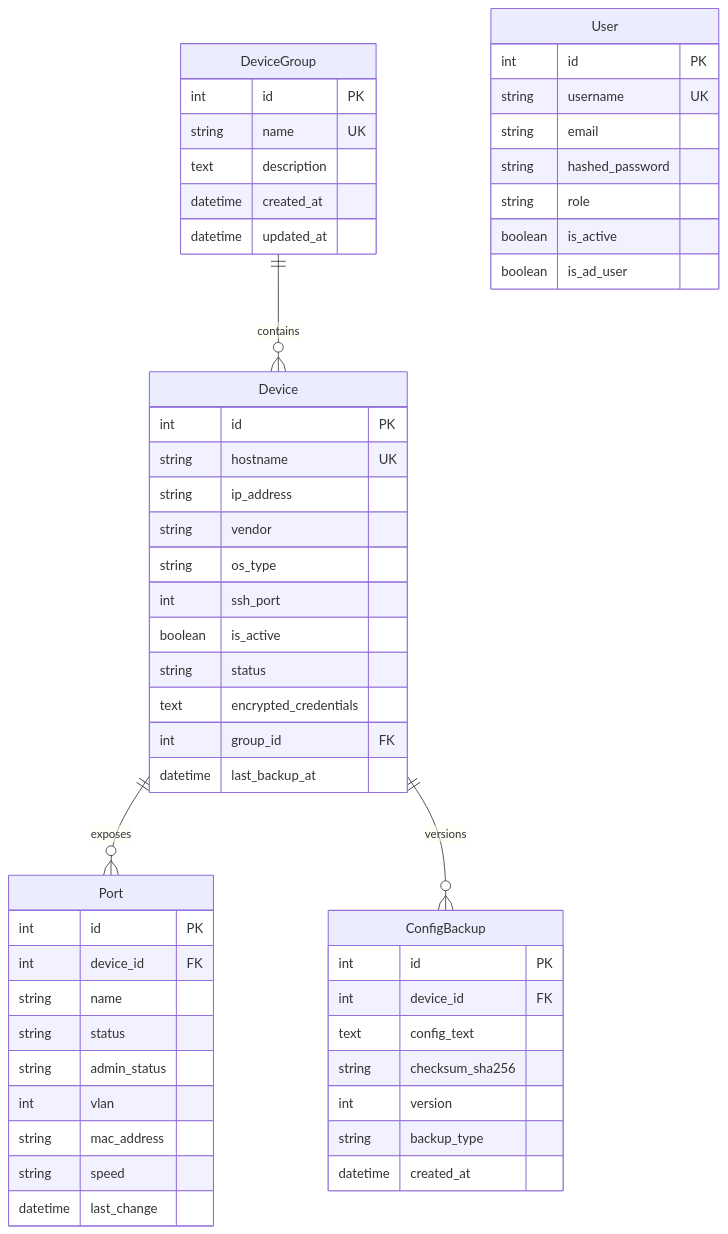
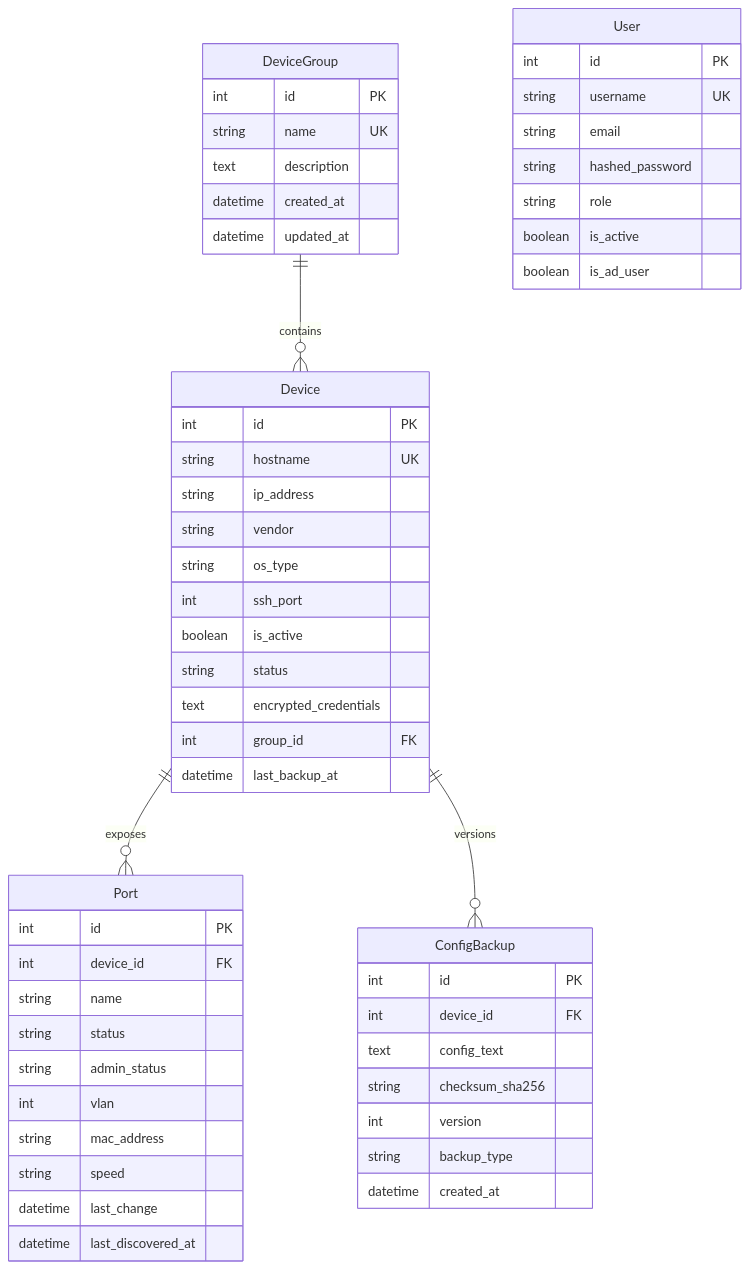
The second of 2 diagrams in docs/ARCHITECTURE.md (mertgl1/OmniEyeNetwork), drawn with Mermaid before and after one commit. The commit also changed other lines of this file and 15 other files, not shown here.

````diff
--- a/docs/ARCHITECTURE.md
+++ b/docs/ARCHITECTURE.md
@@ -30,55 +30,56 @@
 ```mermaid
 erDiagram
     DeviceGroup ||--o{ Device : contains
     Device ||--o{ Port : exposes
     Device ||--o{ ConfigBackup : versions
     DeviceGroup {
       int id PK
       string name UK
       text description
       datetime created_at
       datetime updated_at
     }
     Device {
       int id PK
       string hostname UK
       string ip_address
       string vendor
       string os_type
       int ssh_port
       boolean is_active
       string status
       text encrypted_credentials
       int group_id FK
       datetime last_backup_at
     }
     Port {
       int id PK
       int device_id FK
       string name
       string status
       string admin_status
       int vlan
       string mac_address
       string speed
       datetime last_change
+      datetime last_discovered_at
     }
     ConfigBackup {
       int id PK
       int device_id FK
       text config_text
       string checksum_sha256
       int version
       string backup_type
       datetime created_at
     }
     User {
       int id PK
       string username UK
       string email
       string hashed_password
       string role
       boolean is_active
       boolean is_ad_user
     }
 ```
````
